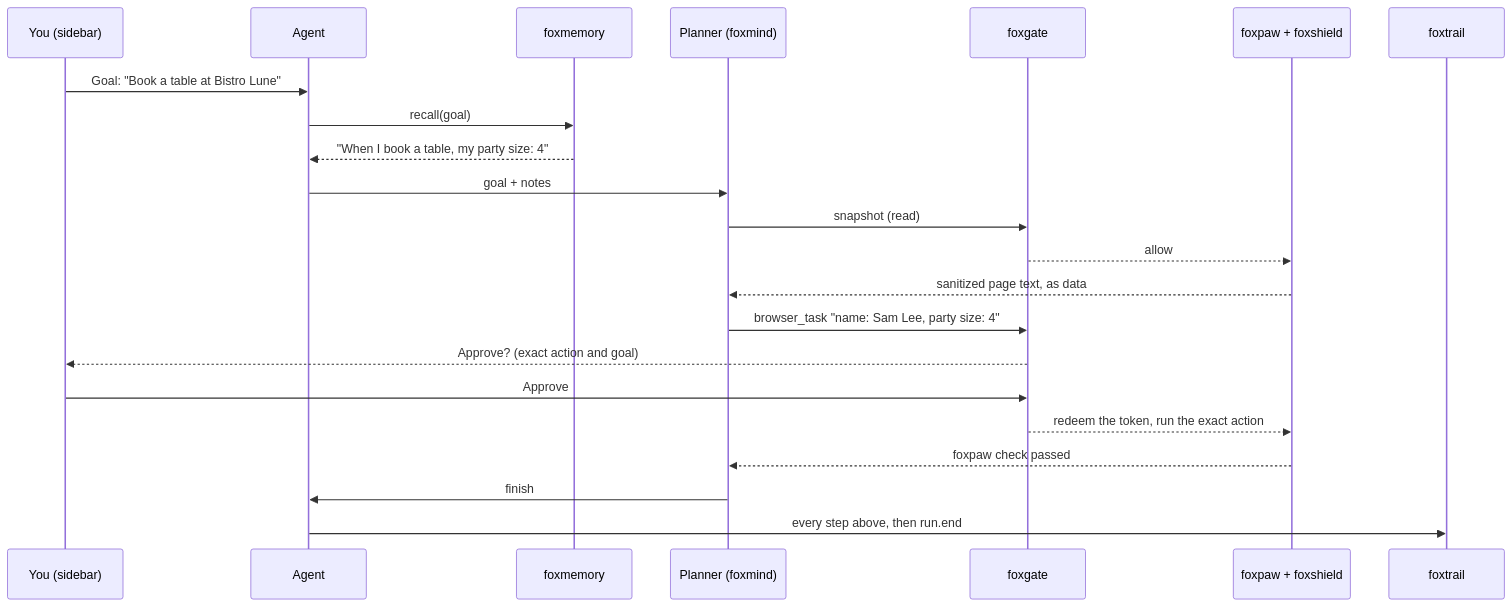
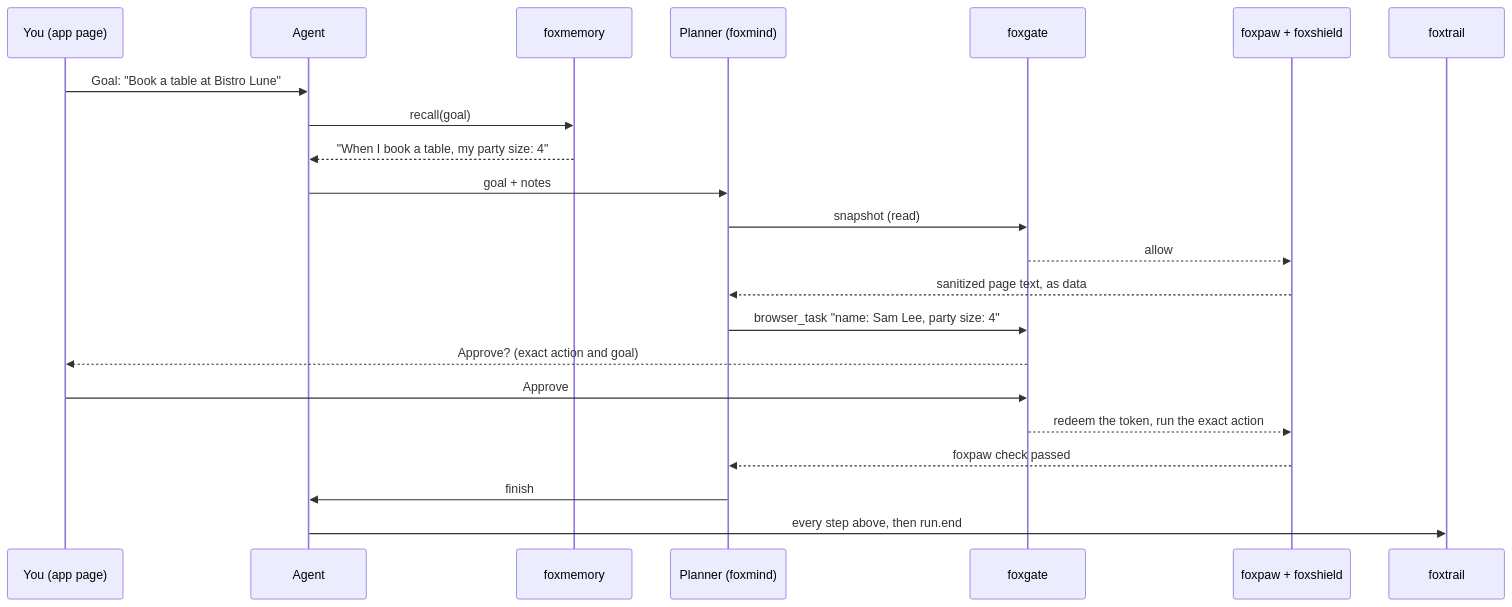
The second of 3 diagrams in README.md (pooriaarab/foxmate), drawn with Mermaid before and after one commit. The commit also changed other lines of this file and 1 other file, not shown here.

First line of the commit message:
Describe the app page in the README and AMO (#136)

````diff
--- a/README.md
+++ b/README.md
@@ -154,24 +155,24 @@
 ```mermaid
 sequenceDiagram
-  participant U as You (sidebar)
+  participant U as You (app page)
   participant A as Agent
   participant M as foxmemory
   participant P as Planner (foxmind)
   participant G as foxgate
   participant T as foxpaw + foxshield
   participant L as foxtrail
   U->>A: Goal: "Book a table at Bistro Lune"
   A->>M: recall(goal)
   M-->>A: "When I book a table, my party size: 4"
   A->>P: goal + notes
   P->>G: snapshot (read)
   G-->>T: allow
   T-->>P: sanitized page text, as data
   P->>G: browser_task "name: Sam Lee, party size: 4"
   G-->>U: Approve? (exact action and goal)
   U->>G: Approve
   G-->>T: redeem the token, run the exact action
   T-->>P: foxpaw check passed
   P->>A: finish
   A->>L: every step above, then run.end
 ```
````
